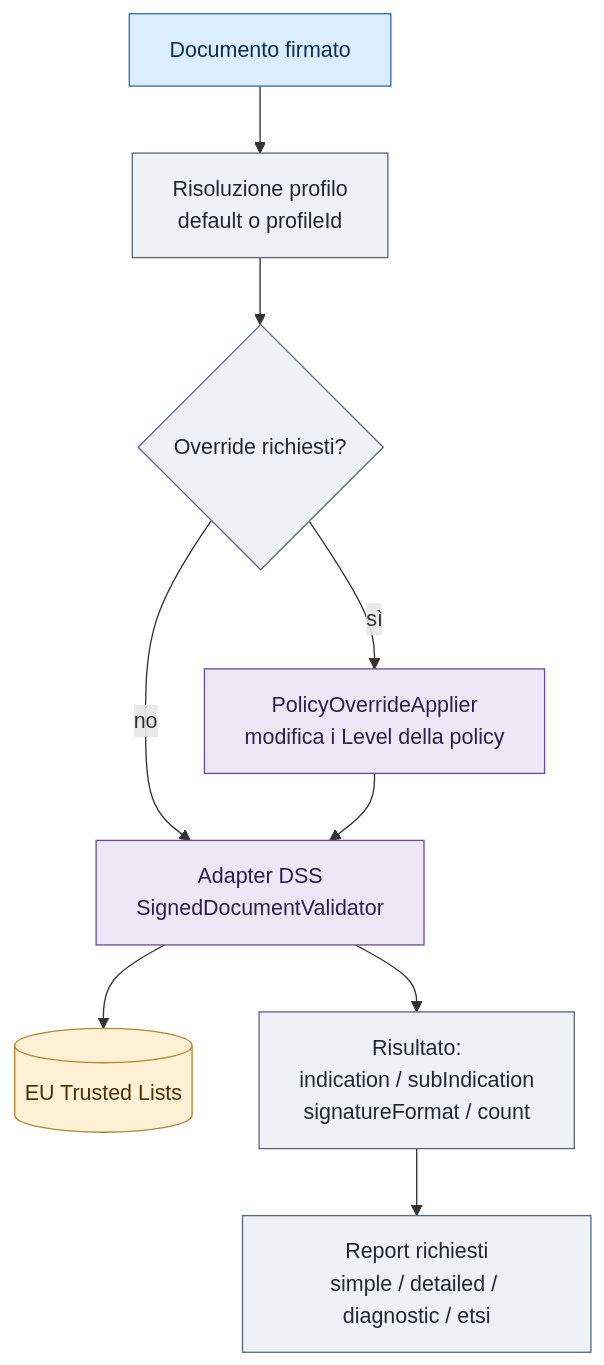
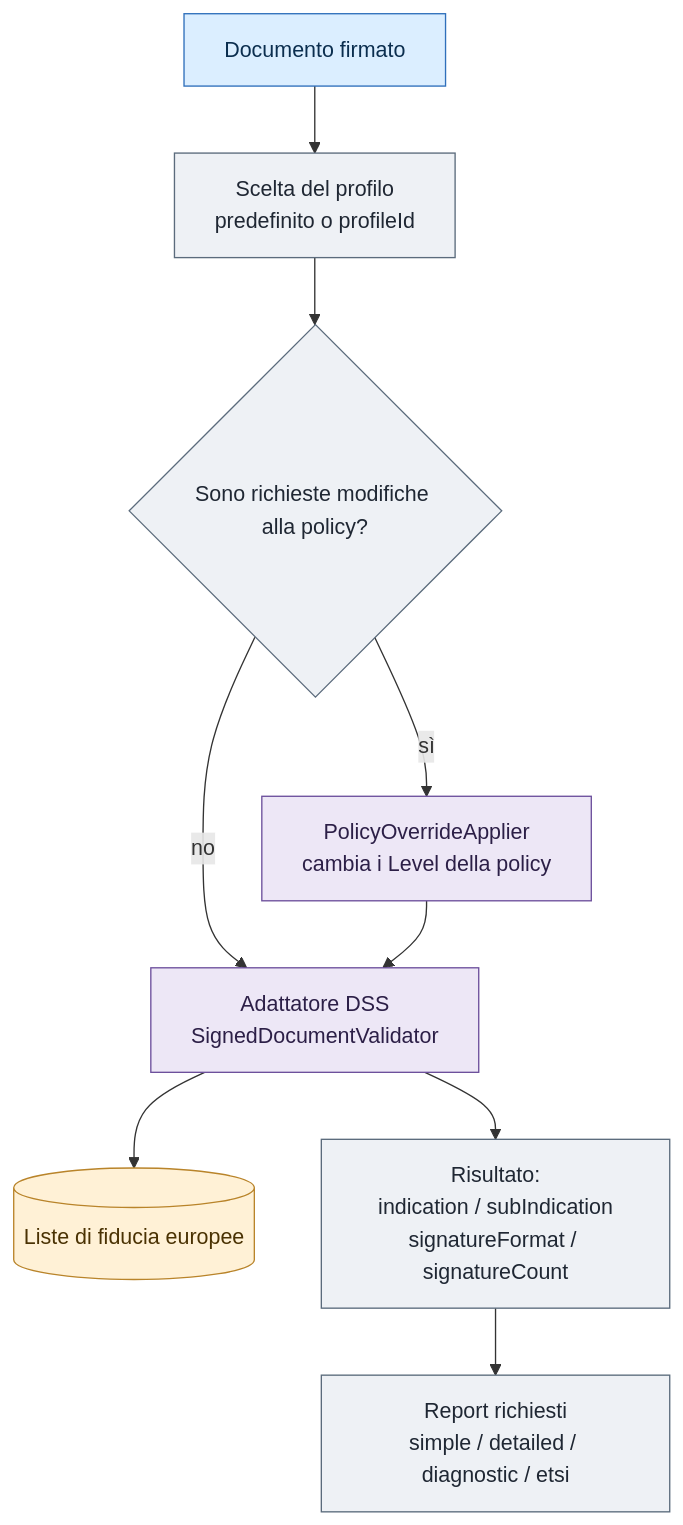
Before and after one commit to toresoft/sign-verify: the first of 4 diagrams in docs/it/05-verifica-firme.md, drawn with Mermaid. The commit also changed other lines of this file and 14 other files, not shown here.

````diff
--- a/docs/it/05-verifica-firme.md
+++ b/docs/it/05-verifica-firme.md
@@ -20,20 +20,20 @@
 ```mermaid
 flowchart TD
-    F[Documento firmato] --> P[Risoluzione profilo\ndefault o profileId]
-    P --> O{Override richiesti?}
-    O -- sì --> AP[PolicyOverrideApplier\nmodifica i Level della policy]
+    F[Documento firmato] --> P["Scelta del profilo\npredefinito o profileId"]
+    P --> O{Sono richieste modifiche alla policy?}
+    O -- sì --> AP["PolicyOverrideApplier\ncambia i Level della policy"]
     O -- no --> DSS
-    AP --> DSS[Adapter DSS\nSignedDocumentValidator]
-    DSS --> TSL[(EU Trusted Lists)]
-    DSS --> R[Risultato:\nindication / subIndication\nsignatureFormat / count]
-    R --> REP[Report richiesti\nsimple / detailed / diagnostic / etsi]
+    AP --> DSS["Adattatore DSS\nSignedDocumentValidator"]
+    DSS --> TSL[(Liste di fiducia europee)]
+    DSS --> R["Risultato:\nindication / subIndication\nsignatureFormat / signatureCount"]
+    R --> REP["Report richiesti\nsimple / detailed / diagnostic / etsi"]
 
     classDef input fill:#dbeeff,stroke:#2f6fbb,color:#0b2e4f
     classDef app fill:#eef1f5,stroke:#5b6b7c,color:#1f2733
     classDef adapter fill:#ede7f6,stroke:#6c4f9c,color:#2c1f47
     classDef external fill:#fff1d6,stroke:#b9842a,color:#4a3203
     class F input
     class P,O,R,REP app
     class AP,DSS adapter
     class TSL external
 ```
````
